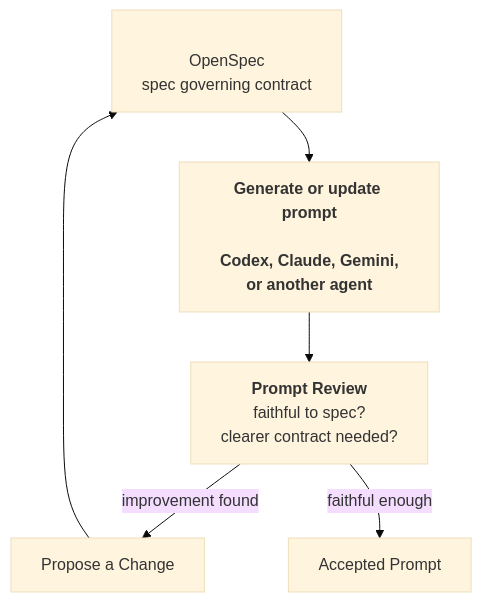
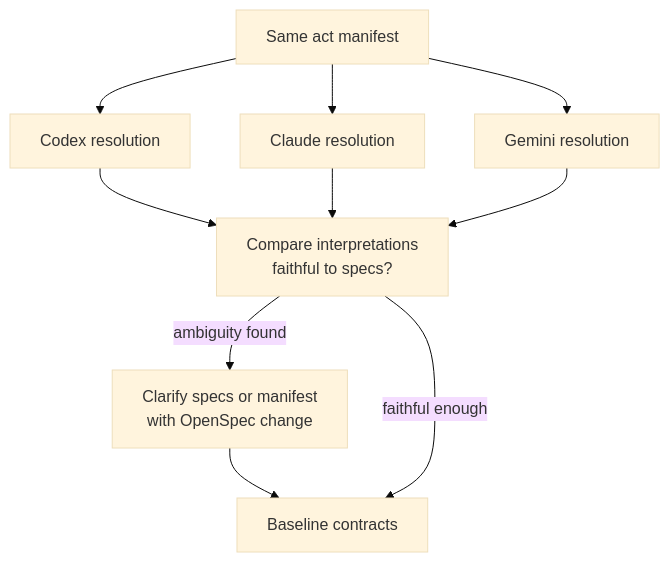
The second of 2 diagrams in README.md (dtcc-platform/udt-platforms-mapping), drawn with Mermaid (base theme) before and after one commit. The commit also changed other lines of this file and 7 other files, not shown here.

Commit message:
docs: explain manifest-based prompt workflow

````diff
--- a/README.md
+++ b/README.md
@@ -62,14 +82,20 @@
 ```mermaid
 flowchart TD
-    S["<br>OpenSpec</b>\n spec governing contract"]
-    G["<b>Generate or update prompt</br>\n Codex, Claude, Gemini, or another agent"]
-    V["<b>Prompt Review</b>\n faithful to spec?\n clearer contract needed?"]
-    D["Propose a Change"]
-    A["Accepted Prompt"]
+    M["Same act manifest"]
+    C["Codex resolution"]
+    L["Claude resolution"]
+    G["Gemini resolution"]
+    V["Compare interpretations\nfaithful to specs?"]
+    D["Clarify specs or manifest\nwith OpenSpec change"]
+    B["Baseline contracts"]
 
-    S --> G
+    M --> C
+    M --> L
+    M --> G
+    C --> V
+    L --> V
     G --> V
-    V -->|improvement found| D
-    D --> S
-    V -->|faithful enough| A
+    V -->|ambiguity found| D
+    D --> B
+    V -->|faithful enough| B
 ```
````
